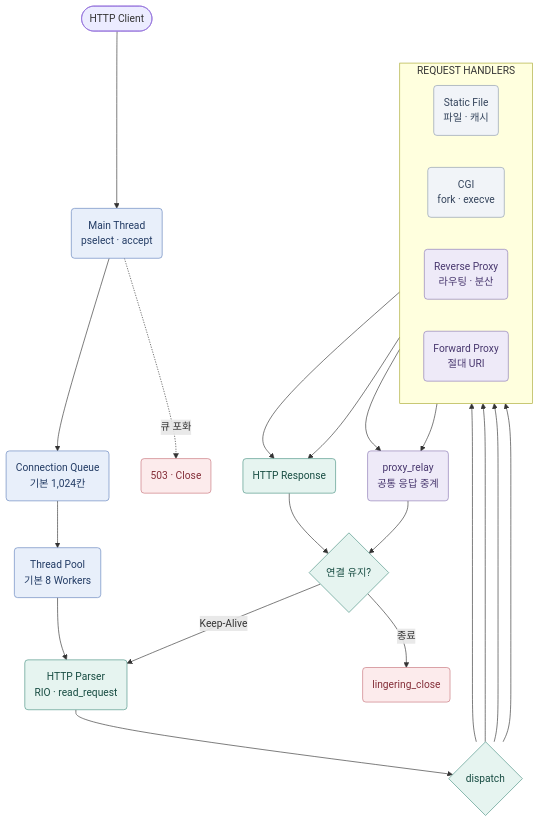
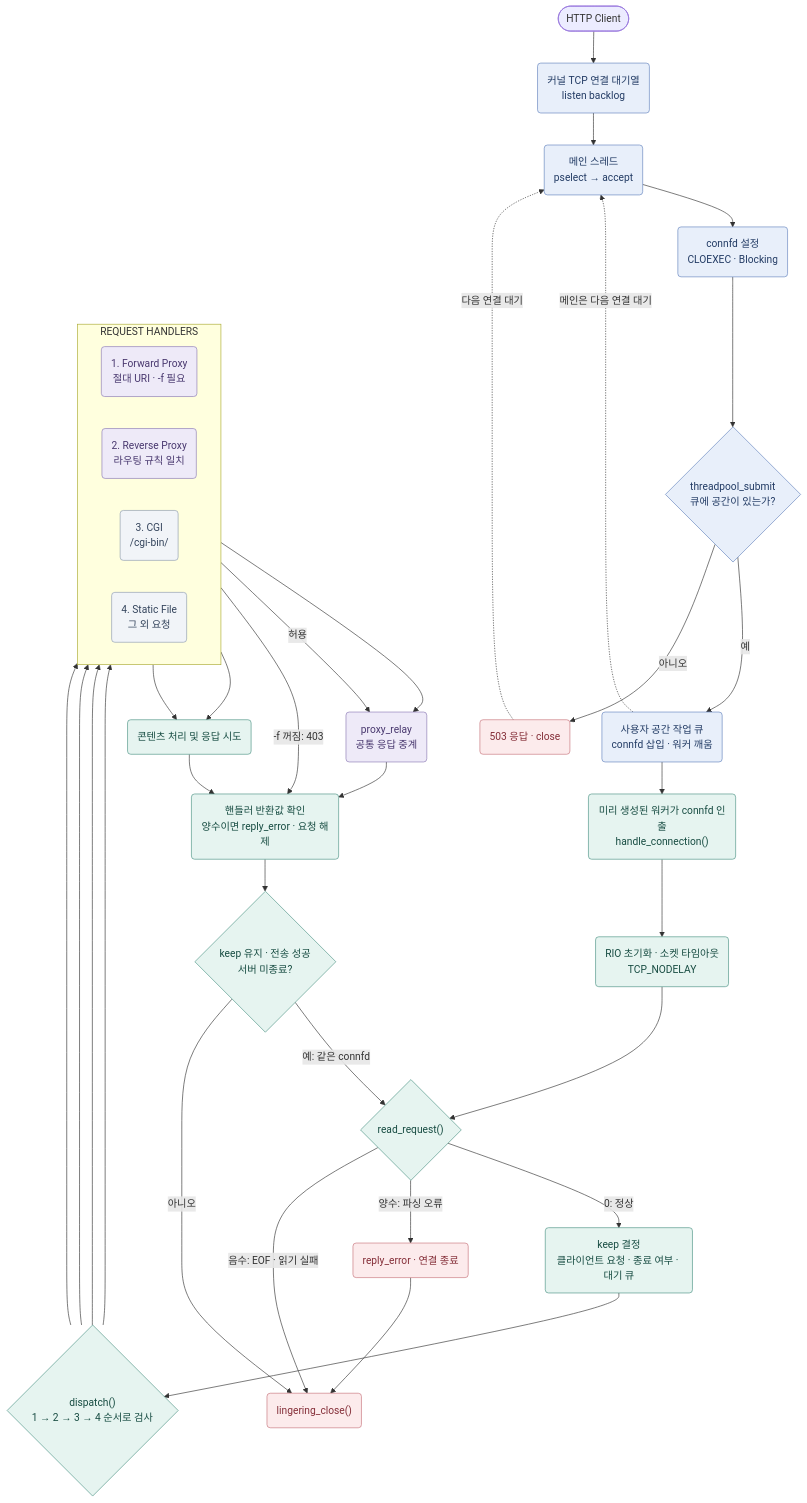
Before and after one commit to nica7410/SW-AI-W13-WEB-SERVER: the second of 14 diagrams in README.md, drawn with Mermaid. The commit also changed other lines of this file, not shown here.

Commit message:
docs: align architecture diagrams with actual server startup and request flow

````diff
--- a/README.md
+++ b/README.md
@@ -33,38 +52,50 @@
 ```mermaid
 flowchart TB
-    C(["HTTP Client"]) --> A("Main Thread<br/>pselect · accept")
-    A --> Q("Connection Queue<br/>기본 1,024칸")
-    A -.->|"큐 포화"| BUSY("503 · Close")
-    Q --> W("Thread Pool<br/>기본 8 Workers")
-    W --> R("HTTP Parser<br/>RIO · read_request")
-    R --> D{"dispatch"}
+    C(["HTTP Client"]) --> B("커널 TCP 연결 대기열<br/>listen backlog")
+    B --> A("메인 스레드<br/>pselect → accept")
+    A --> T("connfd 설정<br/>CLOEXEC · Blocking")
+    T --> Q{"threadpool_submit<br/>큐에 공간이 있는가?"}
+    Q -->|"예"| U("사용자 공간 작업 큐<br/>connfd 삽입 · 워커 깨움")
+    Q -->|"아니오"| BUSY("503 응답 · close")
+    U -.->|"메인은 다음 연결 대기"| A
+    BUSY -.->|"다음 연결 대기"| A
+    U --> W("미리 생성된 워커가 connfd 인출<br/>handle_connection()")
+    W --> I("RIO 초기화 · 소켓 타임아웃<br/>TCP_NODELAY")
+    I --> R{"read_request()"}
+    R -->|"0: 정상"| K0("keep 결정<br/>클라이언트 요청 · 종료 여부 · 대기 큐")
+    R -->|"양수: 파싱 오류"| ER("reply_error · 연결 종료")
+    R -->|"음수: EOF · 읽기 실패"| L("lingering_close()")
+    ER --> L
+    K0 --> D{"dispatch()<br/>1 → 2 → 3 → 4 순서로 검사"}
     subgraph HANDLERS["REQUEST HANDLERS"]
         direction LR
-        S("Static File<br/>파일 · 캐시")
-        G("CGI<br/>fork · execve")
-        RP("Reverse Proxy<br/>라우팅 · 분산")
-        FP("Forward Proxy<br/>절대 URI")
+        FP("1. Forward Proxy<br/>절대 URI · -f 필요")
+        RP("2. Reverse Proxy<br/>라우팅 규칙 일치")
+        G("3. CGI<br/>/cgi-bin/")
+        S("4. Static File<br/>그 외 요청")
     end
+    D --> FP
+    D --> RP
+    D --> G
     D --> S
-    D --> G
-    D --> RP
-    D --> FP
-    S --> H("HTTP Response")
-    G --> H
     RP --> P("proxy_relay<br/>공통 응답 중계")
-    FP --> P
-    H --> K{"연결 유지?"}
-    P --> K
-    K -->|"Keep-Alive"| R
-    K -->|"종료"| L("lingering_close")
+    FP -->|"허용"| P
+    FP -->|"-f 꺼짐: 403"| J("핸들러 반환값 확인<br/>양수이면 reply_error · 요청 해제")
+    G --> H("콘텐츠 처리 및 응답 시도")
+    S --> H
+    P --> J
+    H --> J
+    J --> K{"keep 유지 · 전송 성공<br/>서버 미종료?"}
+    K -->|"예: 같은 connfd"| R
+    K -->|"아니오"| L
     classDef entry fill:#E8EFFA,stroke:#6483BD,stroke-width:1px,color:#223B64;
     classDef core fill:#E6F4F0,stroke:#4C9385,stroke-width:1px,color:#174C42;
     classDef feature fill:#F1F4F8,stroke:#8C9BAF,stroke-width:1px,color:#34445C;
     classDef proxy fill:#EEEAF8,stroke:#8B79B4,stroke-width:1px,color:#48376E;
     classDef stop fill:#FCEBEC,stroke:#C6747C,stroke-width:1px,color:#842E38;
-    class A,Q,W entry;
-    class R,D,H,K core;
+    class B,A,T,Q,U entry;
+    class W,I,R,K0,D,H,J,K core;
     class S,G feature;
     class RP,FP,P proxy;
-    class BUSY,L stop;
+    class BUSY,ER,L stop;
 ```
````
